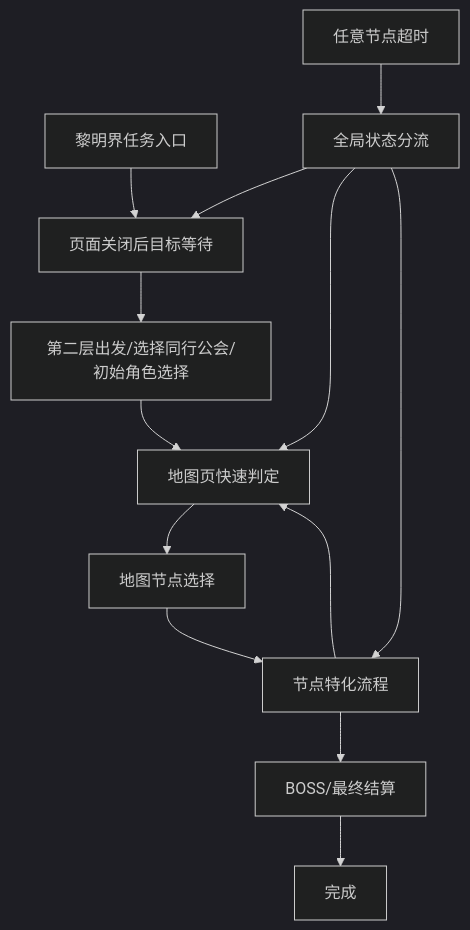
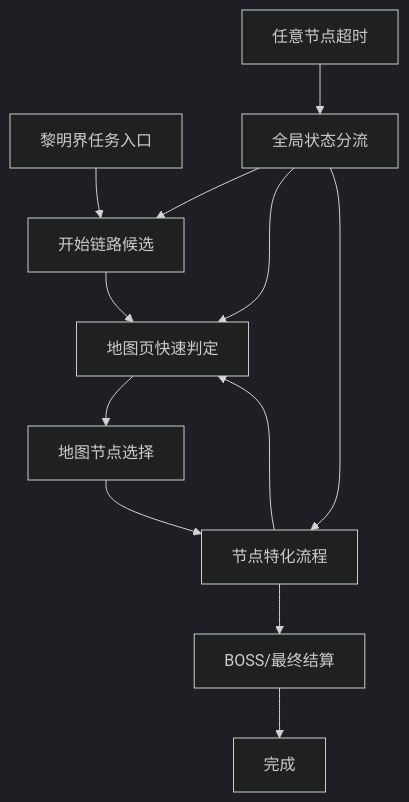
The diagram in docs/zh_cn/黎明界自动化流程设计.md (hitazuki/MaaPCR), drawn with Mermaid (dark theme) before and after one commit. The commit also changed other lines of this file and 2 other files, not shown here.

````diff
--- a/docs/zh_cn/黎明界自动化流程设计.md
+++ b/docs/zh_cn/黎明界自动化流程设计.md
@@ -15,15 +15,14 @@
 ```mermaid
 flowchart TD
-  A["黎明界任务入口"] --> B["页面关闭后目标等待"]
-  B --> C["第二层出发/选择同行公会/初始角色选择"]
+  A["黎明界任务入口"] --> C["开始链路候选"]
   C --> D["地图页快速判定"]
   D --> E["地图节点选择"]
   E --> F["节点特化流程"]
   F --> D
   F --> G["BOSS/最终结算"]
   G --> H["完成"]
   X["任意节点超时"] --> R["全局状态分流"]
-  R --> B
+  R --> C
   R --> D
   R --> F
 ```
````
